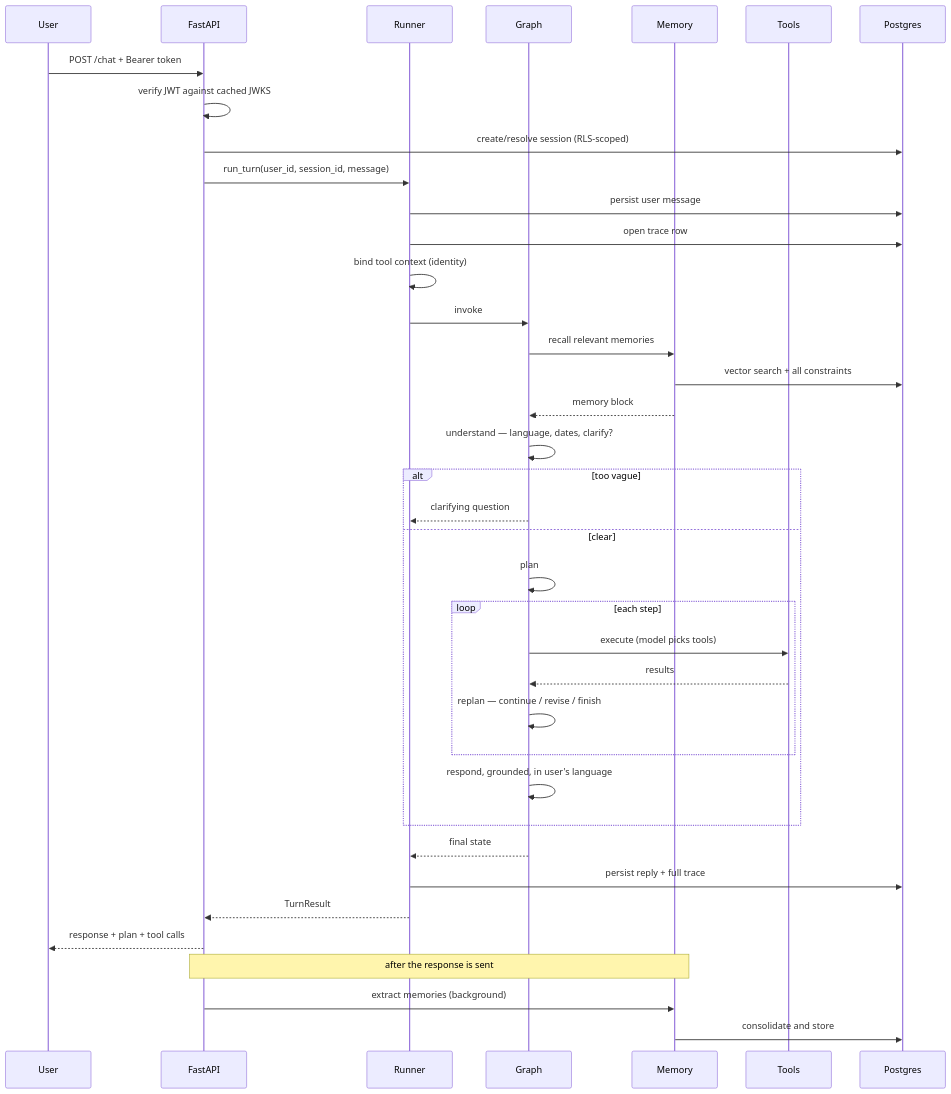
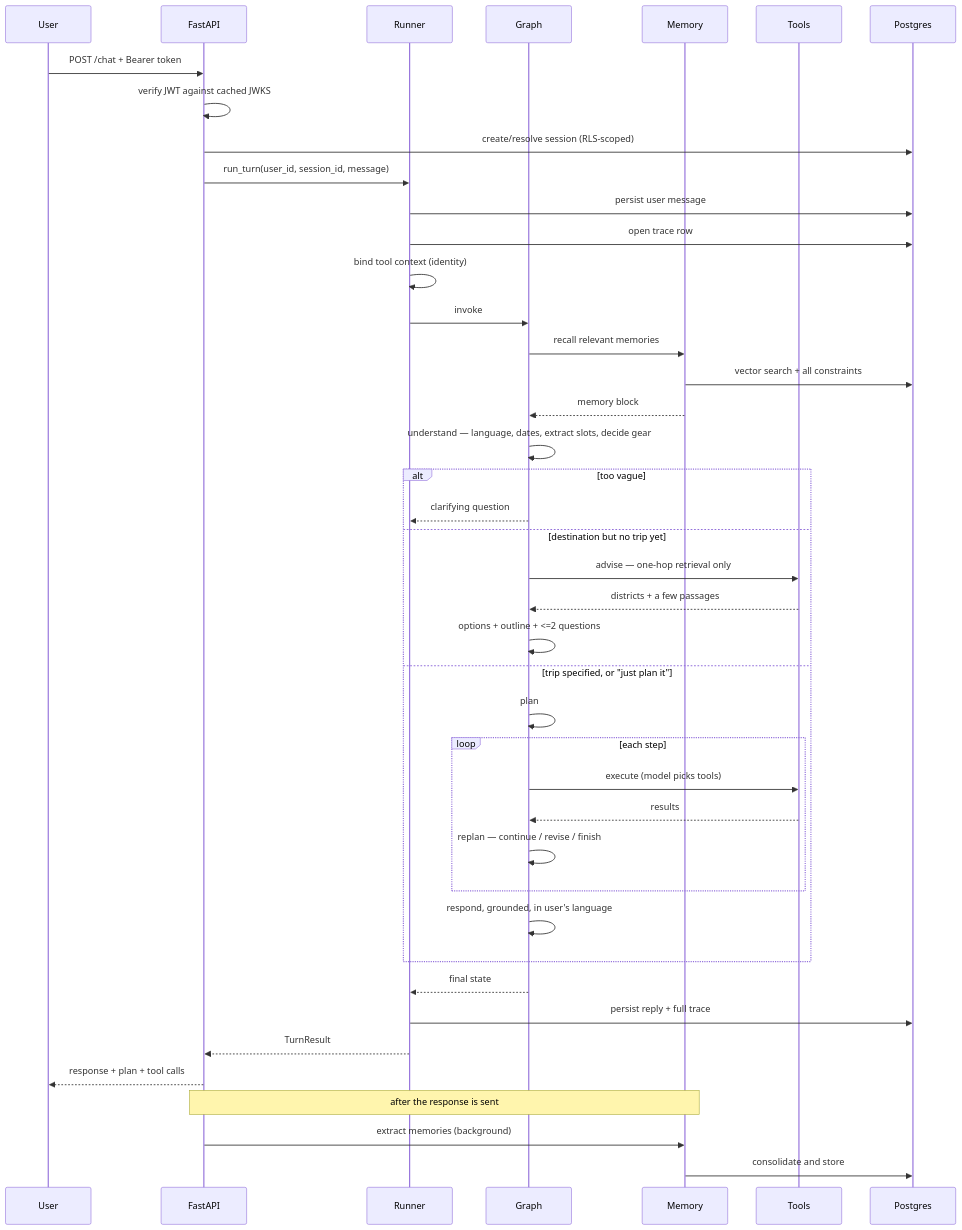
The second of 7 diagrams in docs/ARCHITECTURE.md (Vinay9911/TRIP-PLANNER), drawn with Mermaid before and after one commit. The commit also changed other lines of this file and 22 other files, not shown here.

````diff
--- a/docs/ARCHITECTURE.md
+++ b/docs/ARCHITECTURE.md
@@ -97,46 +102,50 @@
 ```mermaid
 sequenceDiagram
     participant U as User
     participant API as FastAPI
     participant R as Runner
     participant G as Graph
     participant M as Memory
     participant T as Tools
     participant DB as Postgres
 
     U->>API: POST /chat + Bearer token
     API->>API: verify JWT against cached JWKS
     API->>DB: create/resolve session (RLS-scoped)
     API->>R: run_turn(user_id, session_id, message)
 
     R->>DB: persist user message
     R->>DB: open trace row
     R->>R: bind tool context (identity)
 
     R->>G: invoke
     G->>M: recall relevant memories
     M->>DB: vector search + all constraints
     M-->>G: memory block
 
-    G->>G: understand — language, dates, clarify?
+    G->>G: understand — language, dates, extract slots, decide gear
     alt too vague
         G-->>R: clarifying question
-    else clear
+    else destination but no trip yet
+        G->>T: advise — one-hop retrieval only
+        T-->>G: districts + a few passages
+        G->>G: options + outline + <=2 questions
+    else trip specified, or "just plan it"
         G->>G: plan
         loop each step
             G->>T: execute (model picks tools)
             T-->>G: results
             G->>G: replan — continue / revise / finish
         end
         G->>G: respond, grounded, in user's language
     end
 
     G-->>R: final state
     R->>DB: persist reply + full trace
     R-->>API: TurnResult
     API-->>U: response + plan + tool calls
 
     Note over API,M: after the response is sent
     API->>M: extract memories (background)
     M->>DB: consolidate and store
 ```
````
